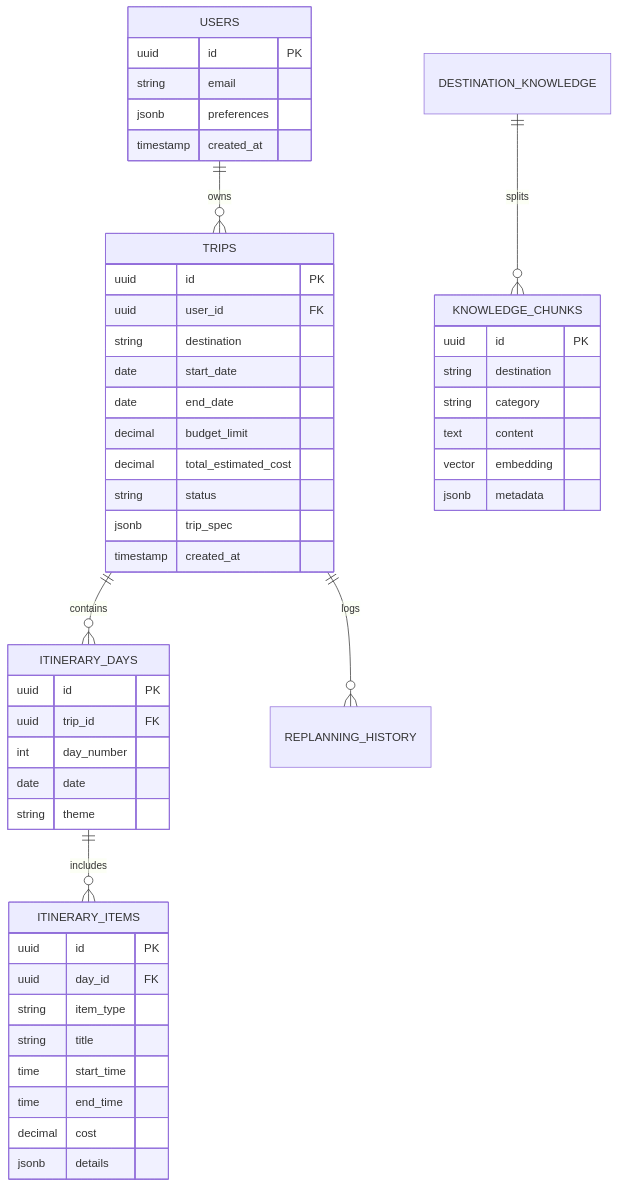
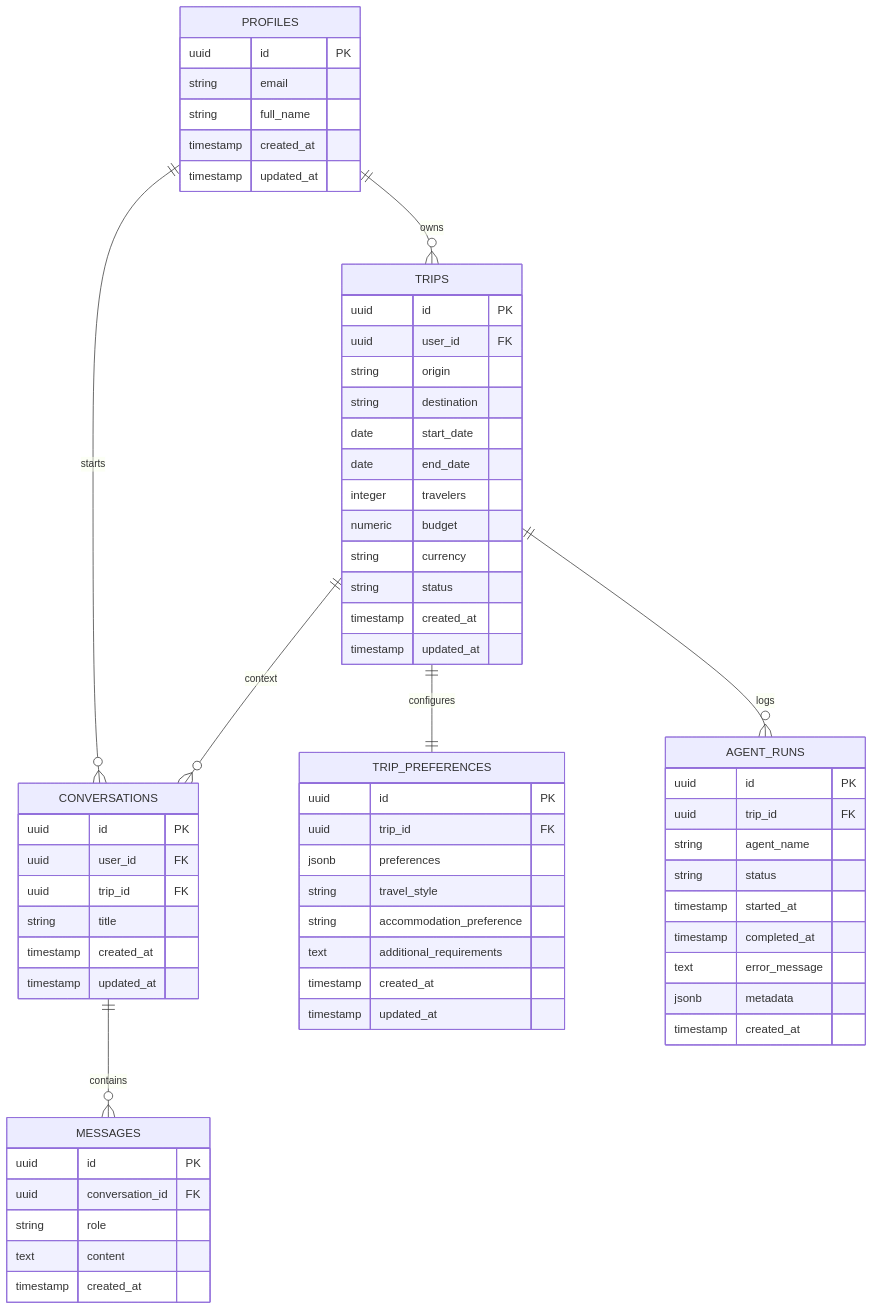
Before and after one commit to codingsexpert/multi-agent-travel-intelligence-platform: the fourth of 5 diagrams in ARCHITECTURE.md, drawn with Mermaid. The commit also changed other lines of this file and 23 other files, not shown here.

````diff
--- a/ARCHITECTURE.md
+++ b/ARCHITECTURE.md
@@ -277,56 +277,72 @@
 ```mermaid
 erDiagram
-    USERS ||--o{ TRIPS : owns
-    TRIPS ||--o{ ITINERARY_DAYS : contains
-    ITINERARY_DAYS ||--o{ ITINERARY_ITEMS : includes
-    TRIPS ||--o{ REPLANNING_HISTORY : logs
-    DESTINATION_KNOWLEDGE ||--o{ KNOWLEDGE_CHUNKS : splits
+    PROFILES ||--o{ TRIPS : owns
+    PROFILES ||--o{ CONVERSATIONS : starts
+    TRIPS ||--|| TRIP_PREFERENCES : configures
+    TRIPS ||--o{ CONVERSATIONS : context
+    TRIPS ||--o{ AGENT_RUNS : logs
+    CONVERSATIONS ||--o{ MESSAGES : contains
 
-    USERS {
+    PROFILES {
         uuid id PK
         string email
-        jsonb preferences
+        string full_name
         timestamp created_at
+        timestamp updated_at
     }
 
     TRIPS {
         uuid id PK
         uuid user_id FK
+        string origin
         string destination
         date start_date
         date end_date
-        decimal budget_limit
-        decimal total_estimated_cost
+        integer travelers
+        numeric budget
+        string currency
         string status
-        jsonb trip_spec
+        timestamp created_at
+        timestamp updated_at
+    }
+
+    TRIP_PREFERENCES {
+        uuid id PK
+        uuid trip_id FK
+        jsonb preferences
+        string travel_style
+        string accommodation_preference
+        text additional_requirements
+        timestamp created_at
+        timestamp updated_at
+    }
+
+    CONVERSATIONS {
+        uuid id PK
+        uuid user_id FK
+        uuid trip_id FK
+        string title
+        timestamp created_at
+        timestamp updated_at
+    }
+
+    MESSAGES {
+        uuid id PK
+        uuid conversation_id FK
+        string role
+        text content
         timestamp created_at
     }
 
-    ITINERARY_DAYS {
+    AGENT_RUNS {
         uuid id PK
         uuid trip_id FK
-        int day_number
-        date date
-        string theme
-    }
-
-    ITINERARY_ITEMS {
-        uuid id PK
-        uuid day_id FK
-        string item_type
-        string title
-        time start_time
-        time end_time
-        decimal cost
-        jsonb details
-    }
-
-    KNOWLEDGE_CHUNKS {
-        uuid id PK
-        string destination
-        string category
-        text content
-        vector embedding
+        string agent_name
+        string status
+        timestamp started_at
+        timestamp completed_at
+        text error_message
         jsonb metadata
+        timestamp created_at
     }
 ```
````
